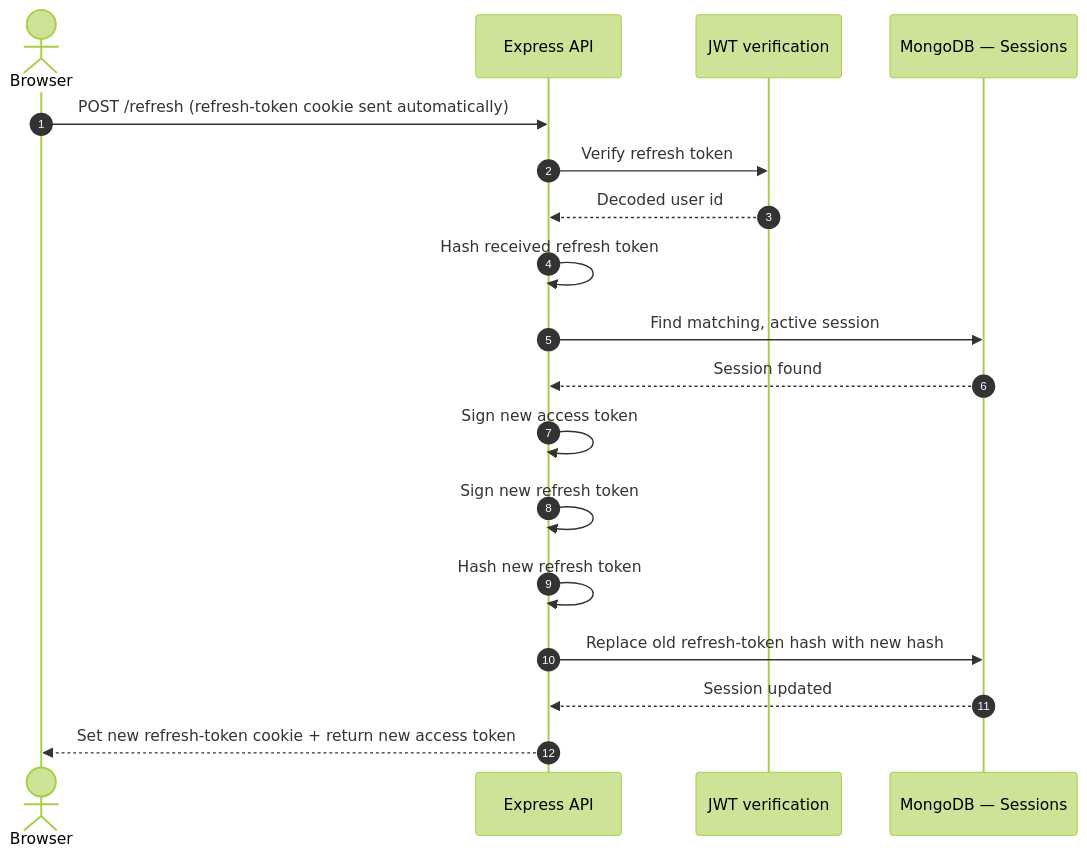
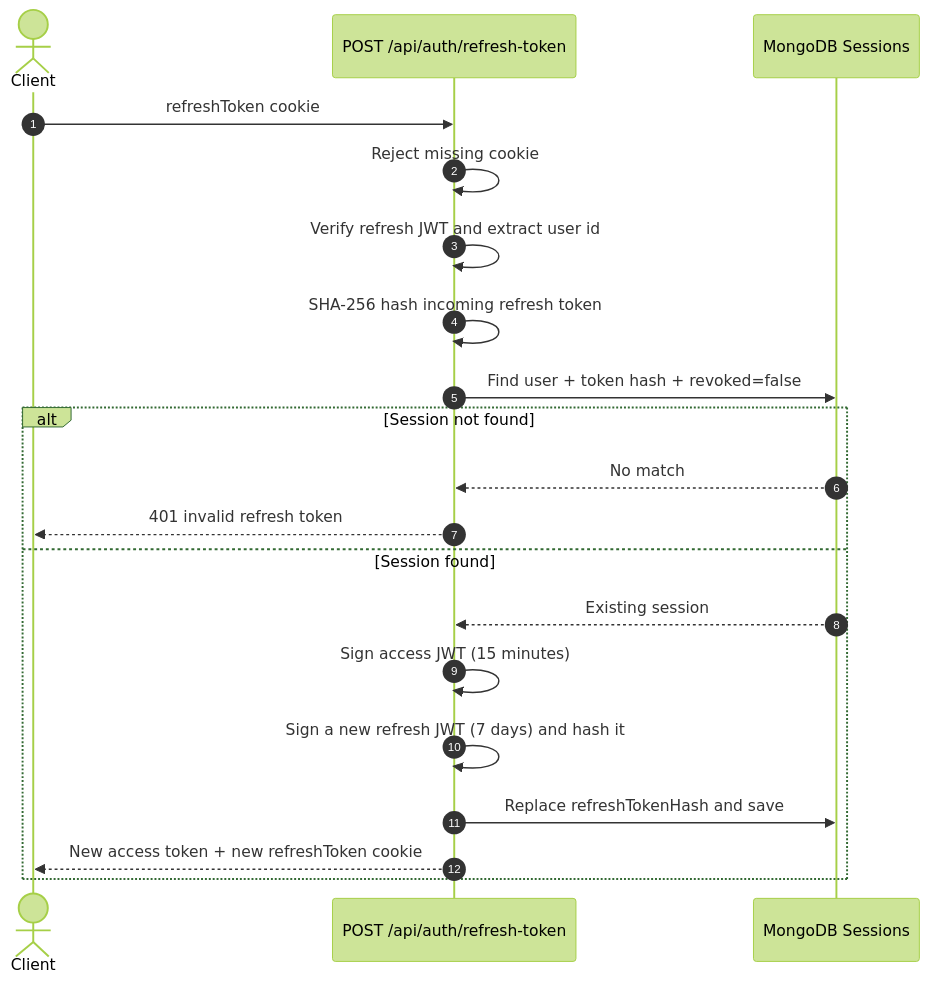
Before and after one commit to samroz-burhan/authentication-system-backend: the sixth of 7 diagrams in README.md, drawn with Mermaid (forest theme). The commit also changed other lines of this file, not shown here.

````diff
--- a/README.md
+++ b/README.md
@@ -114,22 +299,23 @@
 ```mermaid
 sequenceDiagram
     autonumber
-    actor Browser
-    participant API as Express API
-    participant JWT as JWT verification
-    participant SessionDB as MongoDB — Sessions
+    actor Client
+    participant API as POST /api/auth/refresh-token
+    participant Sessions as MongoDB Sessions
 
-    Browser->>API: POST /refresh (refresh-token cookie sent automatically)
-    API->>JWT: Verify refresh token
-    JWT-->>API: Decoded user id
-    API->>API: Hash received refresh token
-    API->>SessionDB: Find matching, active session
-    SessionDB-->>API: Session found
-
-    API->>API: Sign new access token
-    API->>API: Sign new refresh token
-    API->>API: Hash new refresh token
-    API->>SessionDB: Replace old refresh-token hash with new hash
-    SessionDB-->>API: Session updated
-    API-->>Browser: Set new refresh-token cookie + return new access token
+    Client->>API: refreshToken cookie
+    API->>API: Reject missing cookie
+    API->>API: Verify refresh JWT and extract user id
+    API->>API: SHA-256 hash incoming refresh token
+    API->>Sessions: Find user + token hash + revoked=false
+    alt Session not found
+        Sessions-->>API: No match
+        API-->>Client: 401 invalid refresh token
+    else Session found
+        Sessions-->>API: Existing session
+        API->>API: Sign access JWT (15 minutes)
+        API->>API: Sign a new refresh JWT (7 days) and hash it
+        API->>Sessions: Replace refreshTokenHash and save
+        API-->>Client: New access token + new refreshToken cookie
+    end
 ```
````
